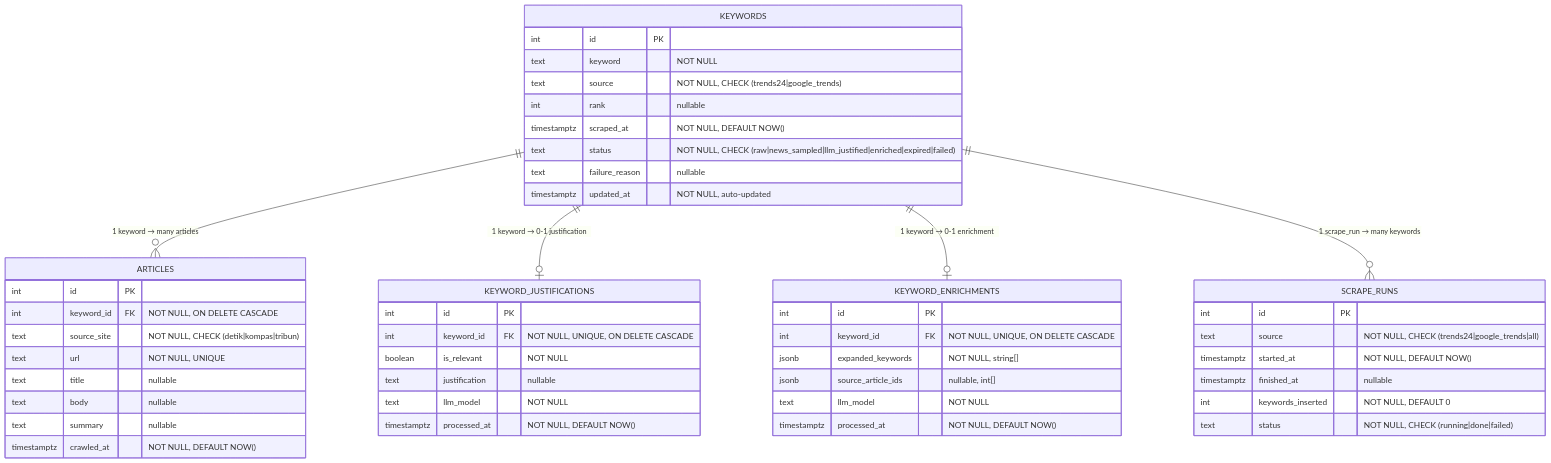
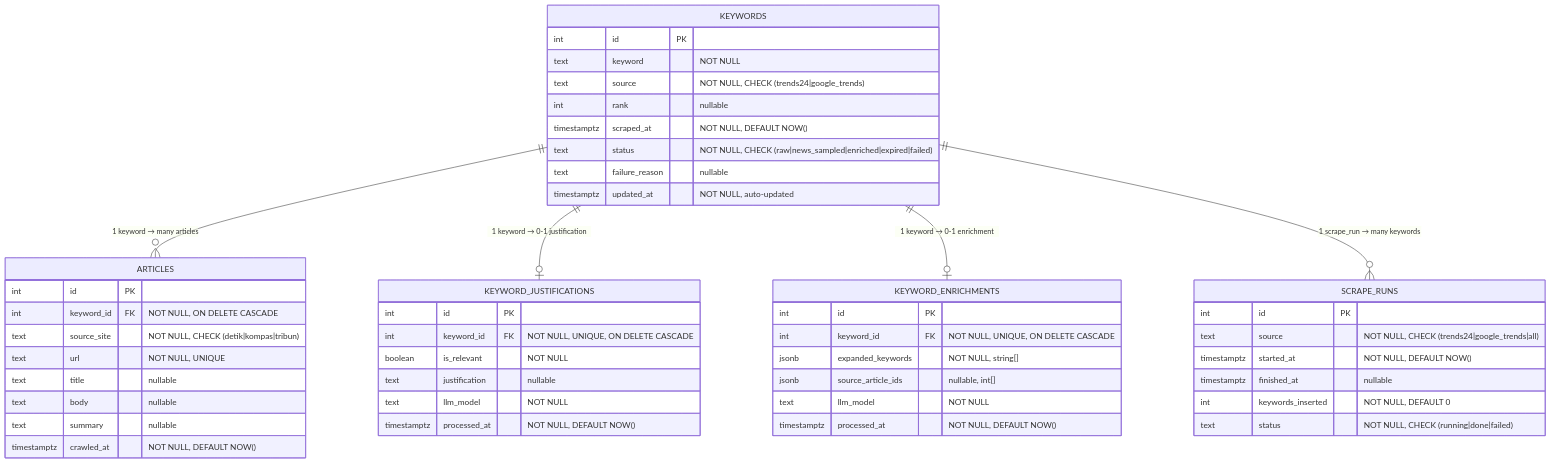
The third of 11 diagrams in docs/architecture_diagrams.md (danarfthr/aitf-keyword-scraper), drawn with Mermaid before and after one commit. The commit also changed other lines of this file and 1 other file, not shown here.

First line of the commit message:
docs: update architecture docs for merged LLM processor

````diff
--- a/docs/architecture_diagrams.md
+++ b/docs/architecture_diagrams.md
@@ -149,56 +138,56 @@
 ```mermaid
 erDiagram
     KEYWORDS {
         int id PK
         text keyword "NOT NULL"
         text source "NOT NULL, CHECK (trends24|google_trends)"
         int rank "nullable"
         timestamptz scraped_at "NOT NULL, DEFAULT NOW()"
-        text status "NOT NULL, CHECK (raw|news_sampled|llm_justified|enriched|expired|failed)"
+        text status "NOT NULL, CHECK (raw|news_sampled|enriched|expired|failed)"
         text failure_reason "nullable"
         timestamptz updated_at "NOT NULL, auto-updated"
     }
 
     ARTICLES {
         int id PK
         int keyword_id FK "NOT NULL, ON DELETE CASCADE"
         text source_site "NOT NULL, CHECK (detik|kompas|tribun)"
         text url "NOT NULL, UNIQUE"
         text title "nullable"
         text body "nullable"
         text summary "nullable"
         timestamptz crawled_at "NOT NULL, DEFAULT NOW()"
     }
 
     KEYWORD_JUSTIFICATIONS {
         int id PK
         int keyword_id FK "NOT NULL, UNIQUE, ON DELETE CASCADE"
         boolean is_relevant "NOT NULL"
         text justification "nullable"
         text llm_model "NOT NULL"
         timestamptz processed_at "NOT NULL, DEFAULT NOW()"
     }
 
     KEYWORD_ENRICHMENTS {
         int id PK
         int keyword_id FK "NOT NULL, UNIQUE, ON DELETE CASCADE"
         jsonb expanded_keywords "NOT NULL, string[]"
         jsonb source_article_ids "nullable, int[]"
         text llm_model "NOT NULL"
         timestamptz processed_at "NOT NULL, DEFAULT NOW()"
     }
 
     SCRAPE_RUNS {
         int id PK
         text source "NOT NULL, CHECK (trends24|google_trends|all)"
         timestamptz started_at "NOT NULL, DEFAULT NOW()"
         timestamptz finished_at "nullable"
         int keywords_inserted "NOT NULL, DEFAULT 0"
         text status "NOT NULL, CHECK (running|done|failed)"
     }
 
     KEYWORDS ||--o{ ARTICLES : "1 keyword → many articles"
     KEYWORDS ||--o| KEYWORD_JUSTIFICATIONS : "1 keyword → 0-1 justification"
     KEYWORDS ||--o| KEYWORD_ENRICHMENTS : "1 keyword → 0-1 enrichment"
     KEYWORDS ||--o{ SCRAPE_RUNS : "1 scrape_run → many keywords"
 ```
````
